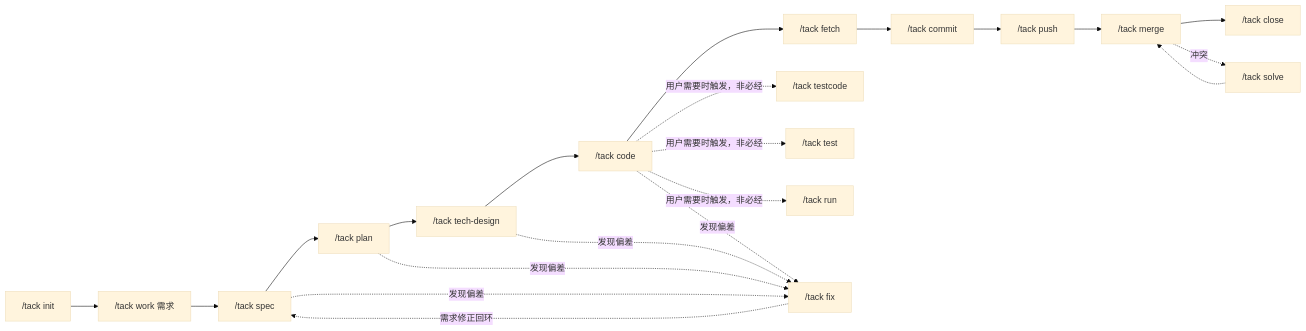
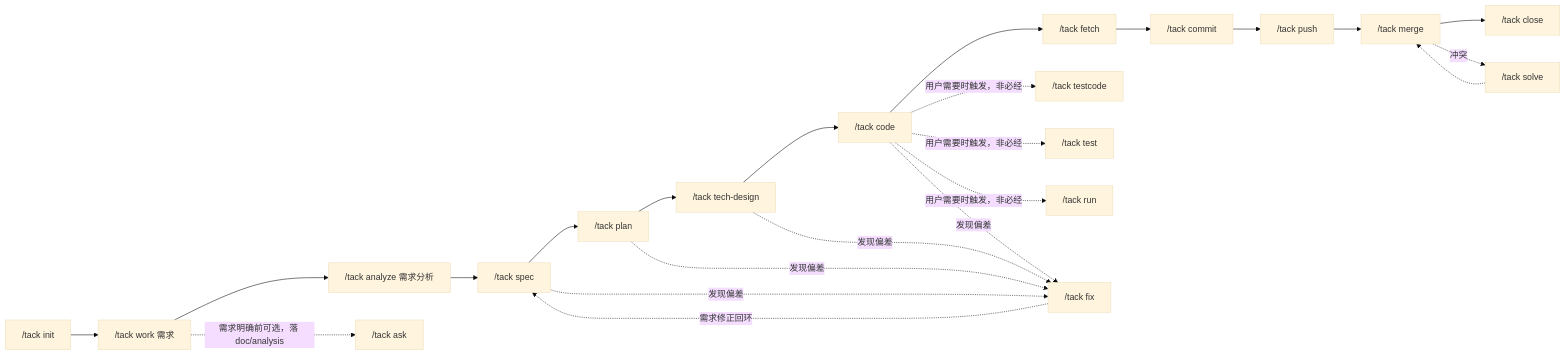
Before and after one commit to frcoder-lh/tack-harness: the diagram in README.md, drawn with Mermaid (base theme). The commit also changed other lines of this file and 78 other files, not shown here.

````diff
--- a/README.md
+++ b/README.md
@@ -254,20 +259,22 @@
 ```mermaid
 flowchart LR
     A["/tack init"] --> B["/tack work 需求"]
-    B --> C["/tack spec"]
+    B --> B2["/tack analyze 需求分析"]
+    B2 --> C["/tack spec"]
     C --> D["/tack plan"]
     D --> E["/tack tech-design"]
     E --> F["/tack code"]
     F --> H["/tack fetch"]
     H --> I["/tack commit"]
     I --> J["/tack push"]
     J --> K["/tack merge"]
     K --> L["/tack close"]
+    B -. 需求明确前可选，落 doc/analysis .-> A1["/tack ask"]
     F -. 用户需要时触发，非必经 .-> G["/tack testcode"]
     F -. 用户需要时触发，非必经 .-> G2["/tack test"]
     F -. 用户需要时触发，非必经 .-> G3["/tack run"]
     C & D & E & F -. 发现偏差 .-> M["/tack fix"]
     M -. 需求修正回环 .-> C
     K -. 冲突 .-> N["/tack solve"]
     N -.-> K
 ```
````
